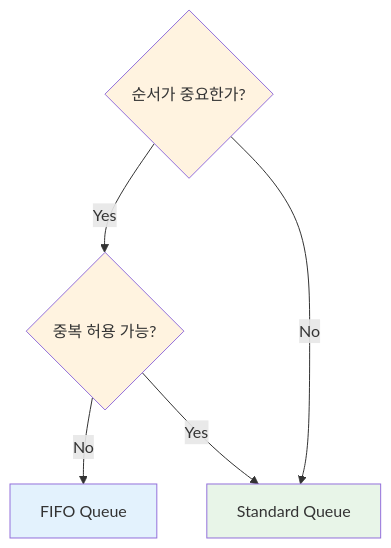
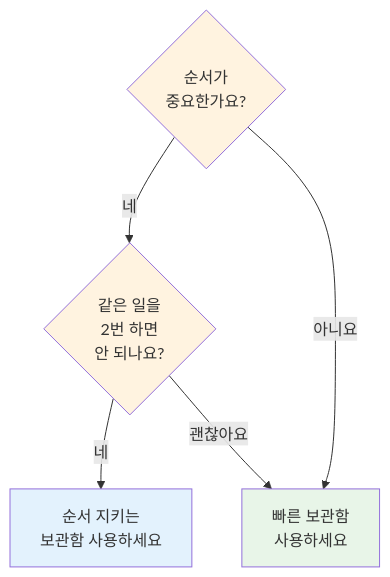
The fourth of 6 diagrams in theory/november/week_02/day1/session_1.md (niceguy61/kdt_devops_lecture_2025), drawn with Mermaid before and after one commit. The commit also changed other lines of this file and 1 other file, not shown here.

````diff
--- a/theory/november/week_02/day1/session_1.md
+++ b/theory/november/week_02/day1/session_1.md
@@ -375,13 +222,13 @@
 ```mermaid
 graph TB
-    A{순서가 중요한가?}
-    A -->|Yes| B{중복 허용 가능?}
-    A -->|No| C[Standard Queue]
-    B -->|No| D[FIFO Queue]
-    B -->|Yes| C
+    A{순서가<br/>중요한가요?}
+    A -->|네| B{같은 일을<br/>2번 하면<br/>안 되나요?}
+    A -->|아니요| C[빠른 보관함<br/>사용하세요]
+    B -->|네| D[순서 지키는<br/>보관함 사용하세요]
+    B -->|괜찮아요| C
     
     style A fill:#fff3e0
     style B fill:#fff3e0
     style C fill:#e8f5e8
     style D fill:#e3f2fd
 ```
````
